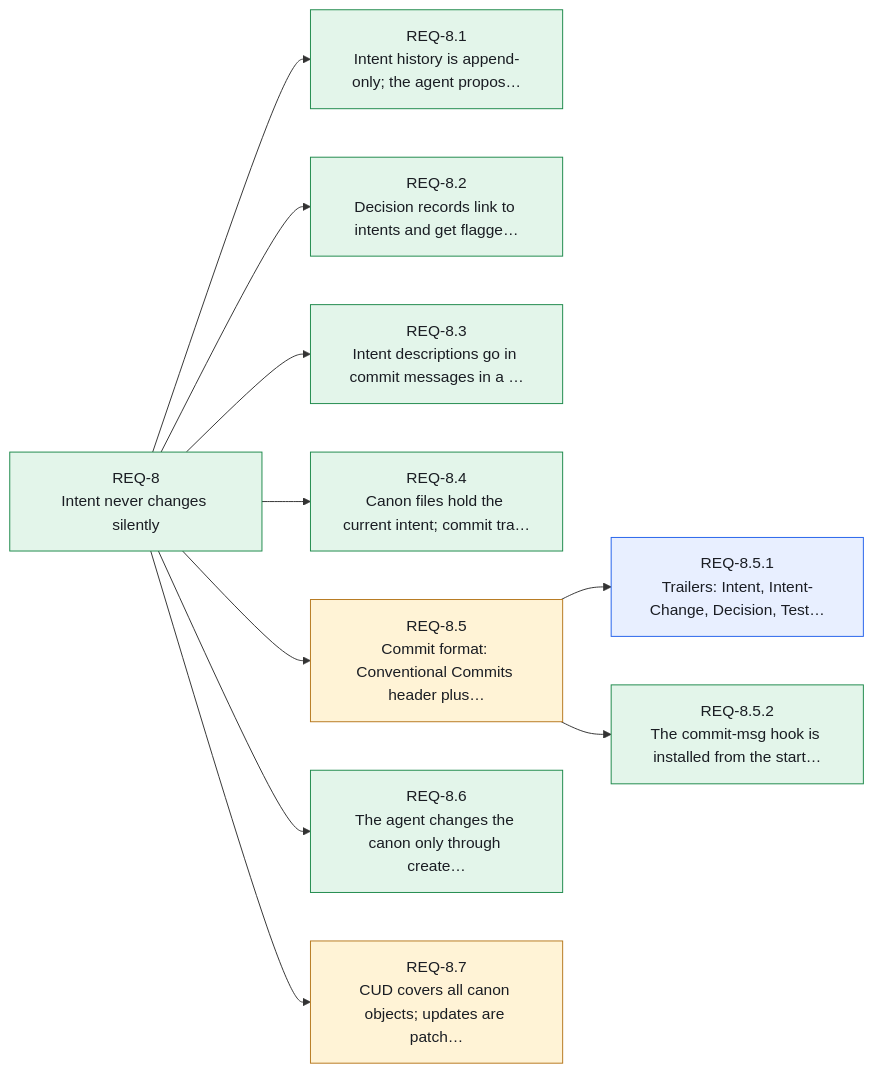
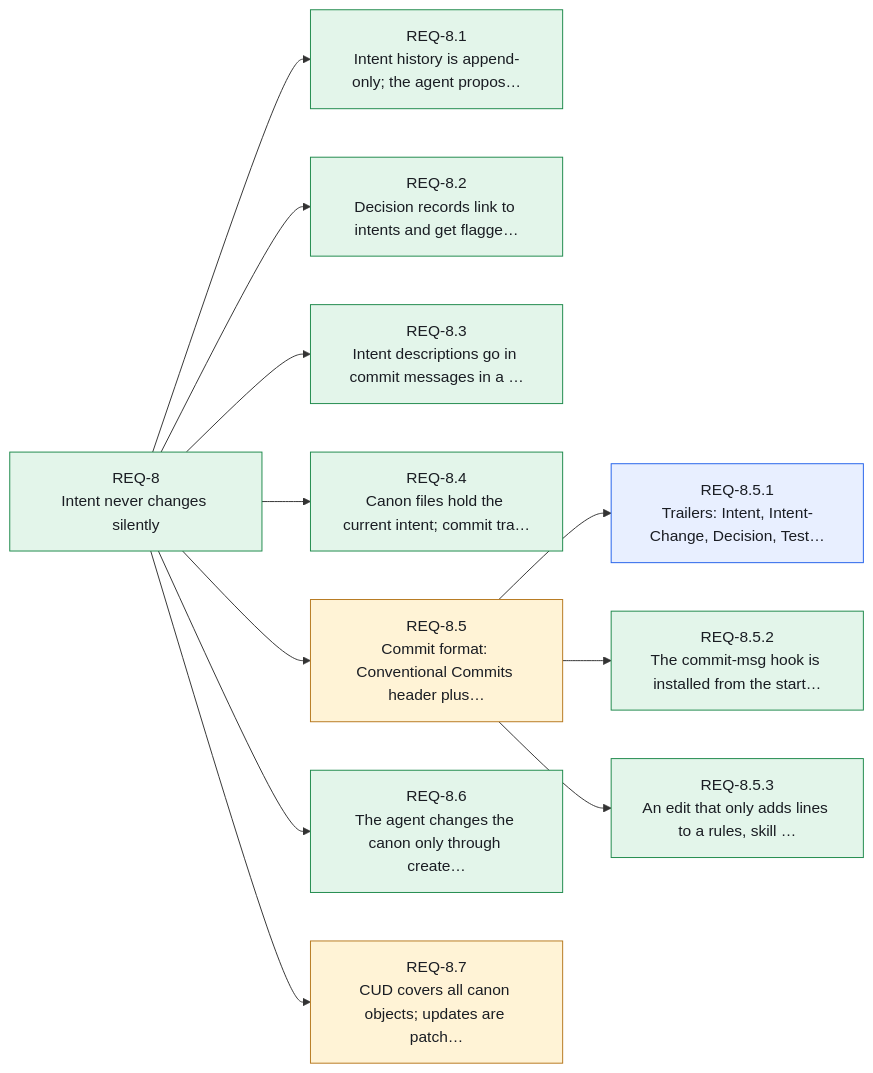
Before and after one commit to Althis/headcanon: the ninth of 14 diagrams in canon/INDEX.md, drawn with Mermaid. The commit also changed other lines of this file and 6 other files, not shown here.

First line of the commit message:
feat(hook): reject append-only edits to rules, skills and canon without a Consolidated trailer

````diff
--- a/canon/INDEX.md
+++ b/canon/INDEX.md
@@ -399,27 +399,29 @@
 ```mermaid
 flowchart LR
     REQ_8["REQ-8<br/>Intent never changes silently"]:::stated
     REQ_8_1["REQ-8.1<br/>Intent history is append-only; the agent propos…"]:::stated
     REQ_8_2["REQ-8.2<br/>Decision records link to intents and get flagge…"]:::stated
     REQ_8_3["REQ-8.3<br/>Intent descriptions go in commit messages in a …"]:::stated
     REQ_8_4["REQ-8.4<br/>Canon files hold the current intent; commit tra…"]:::stated
     REQ_8_5["REQ-8.5<br/>Commit format: Conventional Commits header plus…"]:::assumed
     REQ_8_5_1["REQ-8.5.1<br/>Trailers: Intent, Intent-Change, Decision, Test…"]:::resolved
     REQ_8_5_2["REQ-8.5.2<br/>The commit-msg hook is installed from the start…"]:::stated
+    REQ_8_5_3["REQ-8.5.3<br/>An edit that only adds lines to a rules, skill …"]:::stated
     REQ_8_6["REQ-8.6<br/>The agent changes the canon only through create…"]:::stated
     REQ_8_7["REQ-8.7<br/>CUD covers all canon objects; updates are patch…"]:::assumed
     REQ_8 --> REQ_8_1
     REQ_8 --> REQ_8_2
     REQ_8 --> REQ_8_3
     REQ_8 --> REQ_8_4
     REQ_8 --> REQ_8_5
     REQ_8_5 --> REQ_8_5_1
     REQ_8_5 --> REQ_8_5_2
+    REQ_8_5 --> REQ_8_5_3
     REQ_8 --> REQ_8_6
     REQ_8 --> REQ_8_7
     classDef stated fill:#e3f5ea,stroke:#1f8a4c,color:#1a1d23
     classDef resolved fill:#e8efff,stroke:#2563eb,color:#1a1d23
     classDef assumed fill:#fff3d6,stroke:#b7791f,color:#1a1d23
     classDef open fill:#ece9fb,stroke:#6b5bd2,color:#1a1d23
     classDef contested fill:#fde7e8,stroke:#d13438,color:#1a1d23
 ```
````
